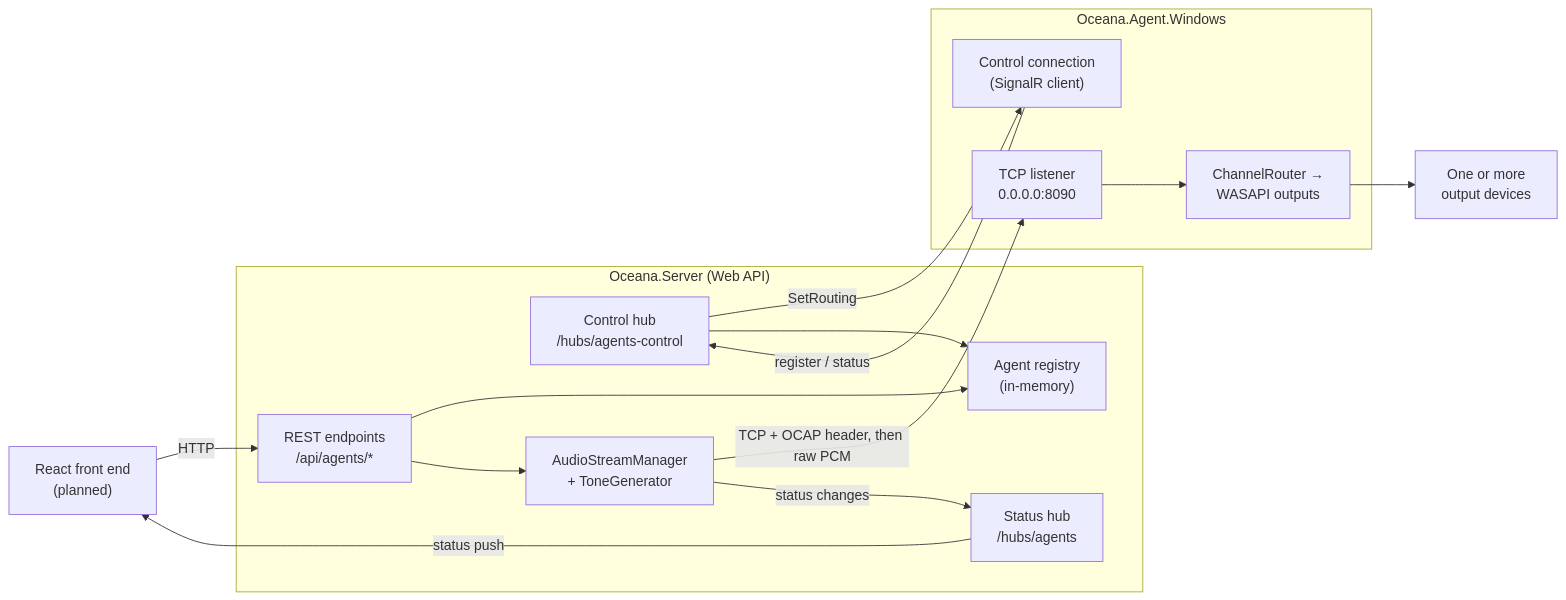
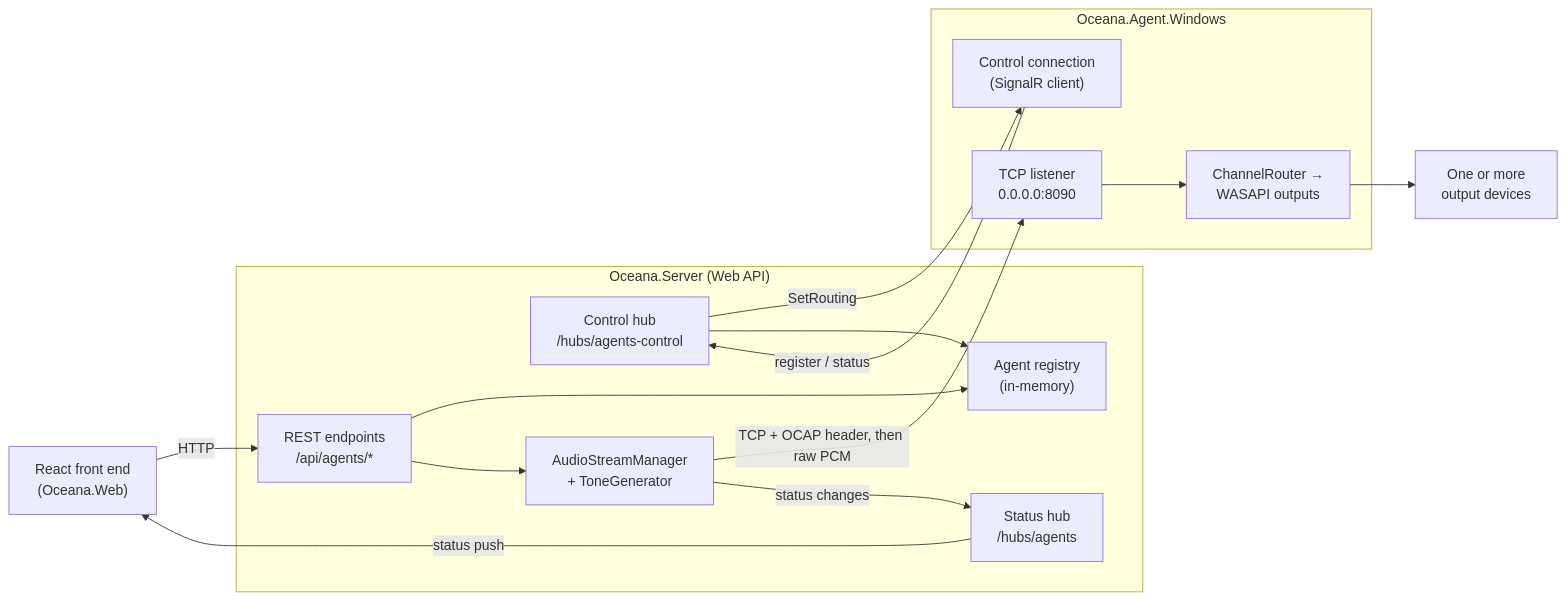
Before and after one commit to WarpSpideR/Oceana: the first of 2 diagrams in docs/architecture.md, drawn with Mermaid. The commit also changed other lines of this file and 95 other files, not shown here.

````diff
--- a/docs/architecture.md
+++ b/docs/architecture.md
@@ -30,28 +30,28 @@
 ```mermaid
 flowchart LR
-    UI["React front end<br/>(planned)"]
+    UI["React front end<br/>(Oceana.Web)"]
     subgraph Server["Oceana.Server (Web API)"]
         REST["REST endpoints<br/>/api/agents/*"]
         HUB["Status hub<br/>/hubs/agents"]
         CTRL["Control hub<br/>/hubs/agents-control"]
         REG["Agent registry<br/>(in-memory)"]
         MGR["AudioStreamManager<br/>+ ToneGenerator"]
     end
     subgraph Agent["Oceana.Agent.Windows"]
         CONN["Control connection<br/>(SignalR client)"]
         LIS["TCP listener<br/>0.0.0.0:8090"]
         PLAY["ChannelRouter →<br/>WASAPI outputs"]
     end
     DEV["One or more<br/>output devices"]
 
     UI -->|HTTP| REST
     HUB -->|status push| UI
     REST --> REG
     REST --> MGR
     CONN -->|register / status| CTRL
     CTRL -->|SetRouting| CONN
     CTRL --> REG
     MGR -->|"TCP + OCAP header, then raw PCM"| LIS
     MGR -->|status changes| HUB
     LIS --> PLAY --> DEV
 ```
````
